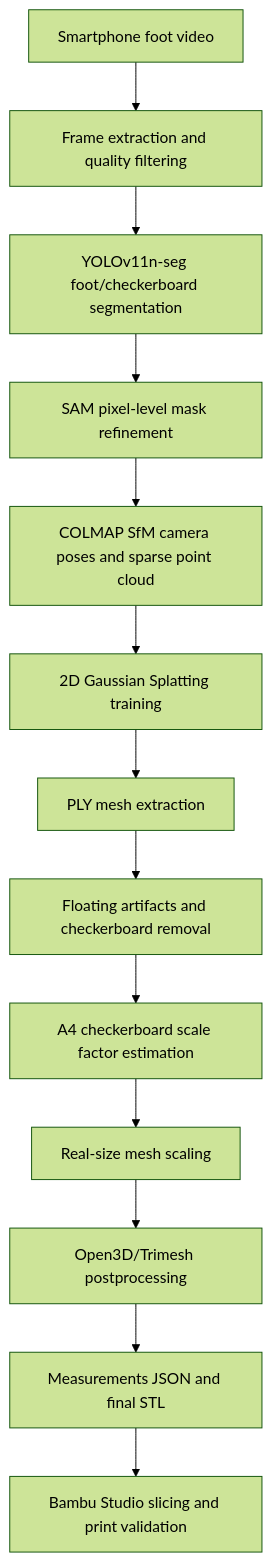
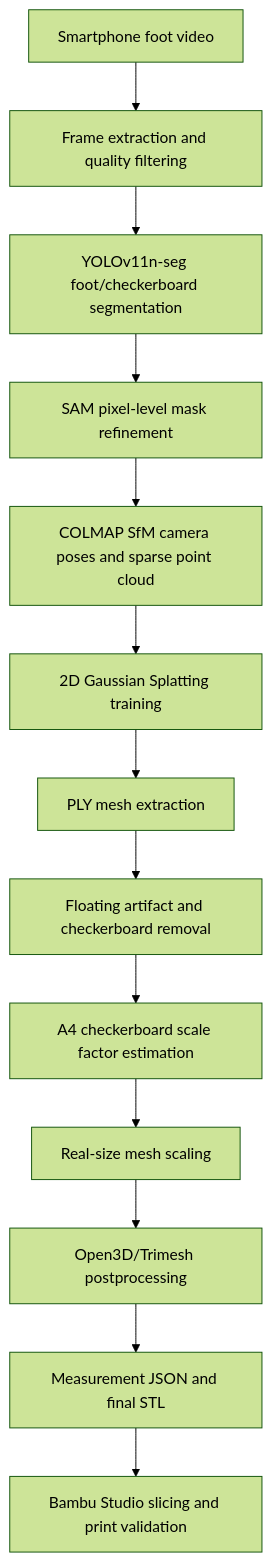
The diagram in docs/WORKFLOW.md (GachonAMADEUS/AMADEUS), drawn with Mermaid (forest theme) before and after one commit. The commit also changed other lines of this file and 5 other files, not shown here.

````diff
--- a/docs/WORKFLOW.md
+++ b/docs/WORKFLOW.md
@@ -11,15 +11,15 @@
 ```mermaid
 flowchart TD
   A["Smartphone foot video"] --> B["Frame extraction and quality filtering"]
   B --> C["YOLOv11n-seg foot/checkerboard segmentation"]
   C --> D["SAM pixel-level mask refinement"]
   D --> E["COLMAP SfM camera poses and sparse point cloud"]
   E --> F["2D Gaussian Splatting training"]
   F --> G["PLY mesh extraction"]
-  G --> H["Floating artifacts and checkerboard removal"]
+  G --> H["Floating artifact and checkerboard removal"]
   H --> I["A4 checkerboard scale factor estimation"]
   I --> J["Real-size mesh scaling"]
   J --> K["Open3D/Trimesh postprocessing"]
-  K --> L["Measurements JSON and final STL"]
+  K --> L["Measurement JSON and final STL"]
   L --> M["Bambu Studio slicing and print validation"]
 ```
````
